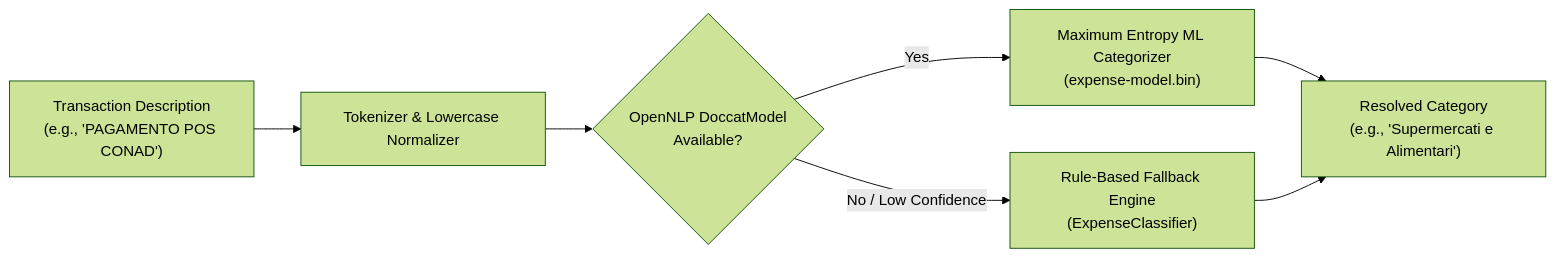
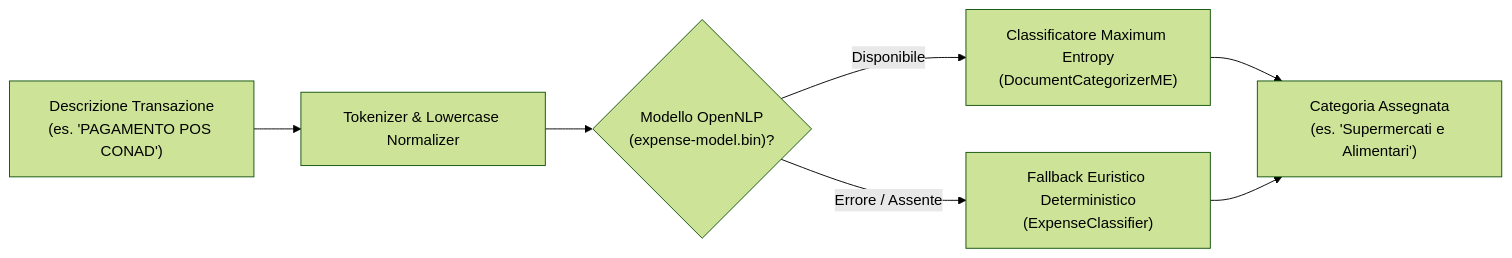
One commit to Giusk10/SpendyApp changed the second of 2 diagrams in README.md. Above: the diagram before and after it, drawn with Mermaid (forest theme). The commit also changed other lines of this file and 14 other files, not shown here.

Commit message:
docs: add comprehensive project documentation and architectural decision records

````diff
--- a/README.md
+++ b/README.md
@@ -125,9 +143,9 @@
 ```mermaid
 flowchart LR
-    Input["Transaction Description<br/>(e.g., 'PAGAMENTO POS CONAD')"] --> Preprocess["Tokenizer & Lowercase Normalizer"]
-    Preprocess --> OpenNLP{"OpenNLP DoccatModel<br/>Available?"}
-    OpenNLP -- Yes --> MaxEnt["Maximum Entropy ML Categorizer<br/>(expense-model.bin)"]
-    OpenNLP -- No / Low Confidence --> Fallback["Rule-Based Fallback Engine<br/>(ExpenseClassifier)"]
-    MaxEnt --> Category["Resolved Category<br/>(e.g., 'Supermercati e Alimentari')"]
+    Input["Descrizione Transazione<br/>(es. 'PAGAMENTO POS CONAD')"] --> Preprocess["Tokenizer & Lowercase Normalizer"]
+    Preprocess --> OpenNLP{"Modello OpenNLP<br/>(expense-model.bin)?"}
+    OpenNLP -- Disponibile --> MaxEnt["Classificatore Maximum Entropy<br/>(DocumentCategorizerME)"]
+    OpenNLP -- Errore / Assente --> Fallback["Fallback Euristico Deterministico<br/>(ExpenseClassifier)"]
+    MaxEnt --> Category["Categoria Assegnata<br/>(es. 'Supermercati e Alimentari')"]
     Fallback --> Category
 ```
````
